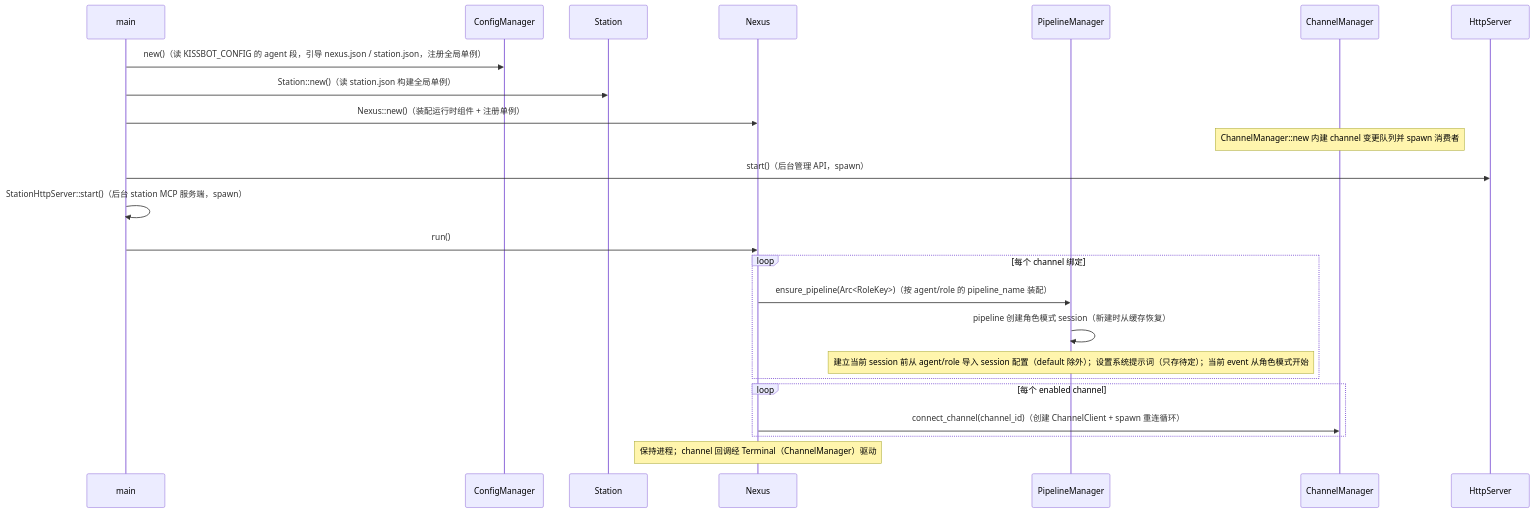
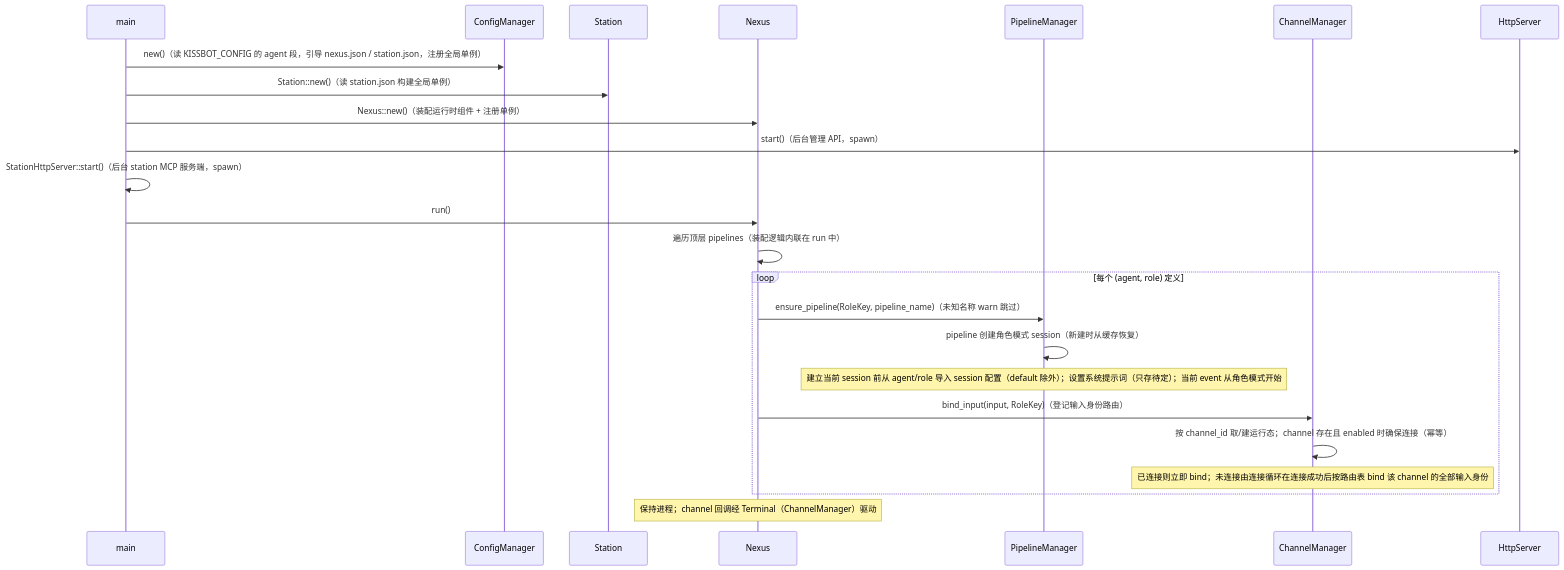
Before and after one commit to coldcloude/kissbot: the second of 5 diagrams in docs/spec/agent-modules.md, drawn with Mermaid. The commit also changed other lines of this file and 24 other files, not shown here.

First line of the commit message:
pipeline 改为配置驱动：启动按顶层 pipelines 装配，channel 只描述连接

````diff
--- a/docs/spec/agent-modules.md
+++ b/docs/spec/agent-modules.md
@@ -102,27 +102,27 @@
 ```mermaid
 sequenceDiagram
     participant main
     participant CFG as ConfigManager
     participant ST as Station
     participant CO as Nexus
     participant PLS as PipelineManager
     participant CHM as ChannelManager
     participant HS as HttpServer
 
     main->>CFG: new()（读 KISSBOT_CONFIG 的 agent 段，引导 nexus.json / station.json，注册全局单例）
     main->>ST: Station::new()（读 station.json 构建全局单例）
     main->>CO: Nexus::new()（装配运行时组件 + 注册单例）
-    Note over CHM: ChannelManager::new 内建 channel 变更队列并 spawn 消费者
     main->>HS: start()（后台管理 API，spawn）
     main->>main: StationHttpServer::start()（后台 station MCP 服务端，spawn）
     main->>CO: run()
-    loop 每个 channel 绑定
-        CO->>PLS: ensure_pipeline(Arc<RoleKey>)（按 agent/role 的 pipeline_name 装配）
+    CO->>CO: 遍历顶层 pipelines（装配逻辑内联在 run 中）
+    loop 每个 (agent, role) 定义
+        CO->>PLS: ensure_pipeline(RoleKey, pipeline_name)（未知名称 warn 跳过）
         PLS->>PLS: pipeline 创建角色模式 session（新建时从缓存恢复）
         Note over PLS: 建立当前 session 前从 agent/role 导入 session 配置（default 除外）；设置系统提示词（只存待定）；当前 event 从角色模式开始
-    end
-    loop 每个 enabled channel
-        CO->>CHM: connect_channel(channel_id)（创建 ChannelClient + spawn 重连循环）
+        CO->>CHM: bind_input(input, RoleKey)（登记输入身份路由）
+        CHM->>CHM: 按 channel_id 取/建运行态；channel 存在且 enabled 时确保连接（幂等）
+        Note over CHM: 已连接则立即 bind；未连接由连接循环在连接成功后按路由表 bind 该 channel 的全部输入身份
     end
     Note over CO: 保持进程；channel 回调经 Terminal（ChannelManager）驱动
 ```
````
